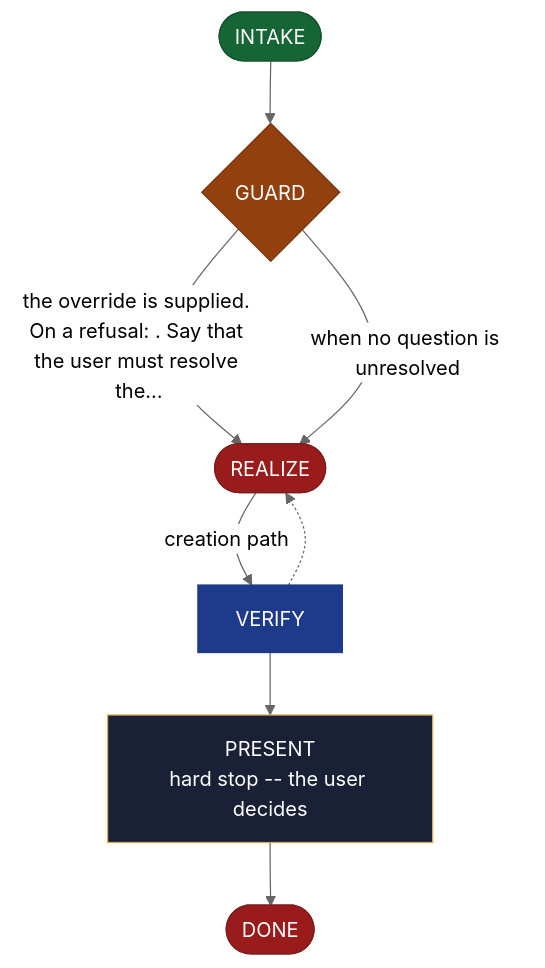
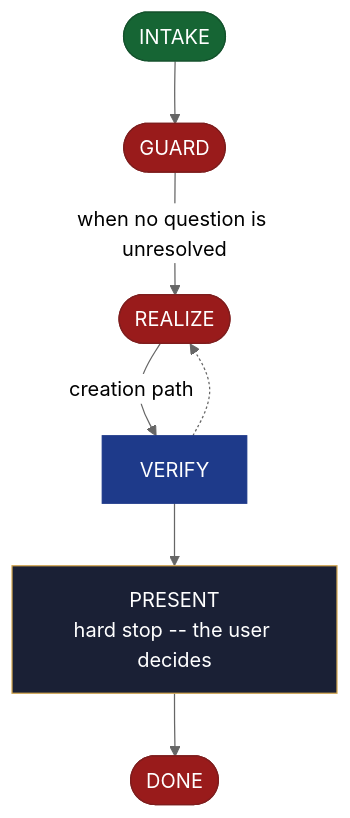
One commit to AndreVianna/aid-methodology changed the diagram in site/src/content/docs/skills/aid-create-mvp.md. Above: the diagram before and after it, drawn with Mermaid (neutral theme). The commit also changed other lines of this file and 251 other files, not shown here.

````diff
--- a/site/src/content/docs/skills/aid-create-mvp.md
+++ b/site/src/content/docs/skills/aid-create-mvp.md
@@ -20,34 +20,33 @@
 ```mermaid
 flowchart TB
   classDef aidNode color:#fff
   classDef aidEntry fill:#166534,stroke:#14532d,color:#fff
   classDef aidExit fill:#991b1b,stroke:#7f1d1d,color:#fff
   classDef aidDecision fill:#92400e,stroke:#78350f,color:#fff
   classDef aidLoopBack fill:#1e3a8a,stroke:#1e3a8a,color:#fff
   classDef aidStep fill:#1a2035,stroke:#d4a853,color:#f1f5f9
   n1(["INTAKE"])
-  n2{"GUARD"}
+  n2(["GUARD"])
   n3(["REALIZE"])
   n4["VERIFY"]
   n5["PRESENT<br/>hard stop -- the user decides"]
   n6(["DONE"])
   n1 --> n2
-  n2 -->|"the override is supplied. On a refusal: . Say that the user must resolve the…"| n3
   n2 -->|"when no question is unresolved"| n3
   n3 -->|"creation path"| n4
   n4 -.-> n3
   n4 --> n5
   n5 --> n6
   class n1 aidEntry
-  class n2 aidDecision
+  class n2 aidExit
   class n3 aidExit
   class n4 aidLoopBack
   class n5 aidStep
   class n6 aidExit
   class n1 aidNode
   class n2 aidNode
   class n3 aidNode
   class n4 aidNode
   class n5 aidNode
   class n6 aidNode
 ```
````
